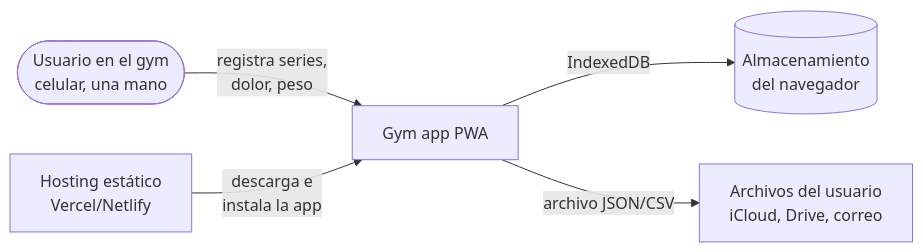
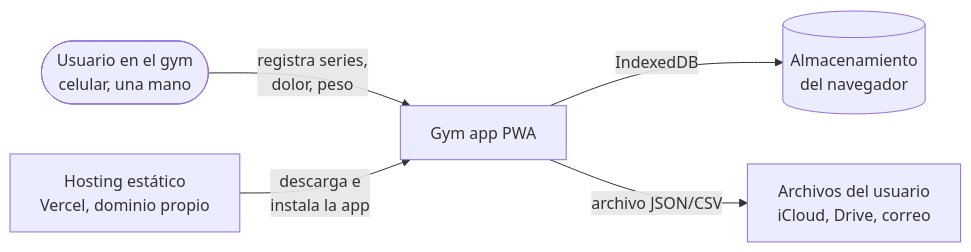
Before and after one commit to saulgmx/gym-app: the first of 8 diagrams in docs/architecture.md, drawn with Mermaid. The commit also changed other lines of this file and 7 other files, not shown here.

````diff
--- a/docs/architecture.md
+++ b/docs/architecture.md
@@ -33,7 +33,7 @@
 ```mermaid
 flowchart LR
   U([Usuario en el gym<br/>celular, una mano]) -->|registra series,<br/>dolor, peso| APP[Gym app PWA]
   APP -->|IndexedDB| DB[(Almacenamiento<br/>del navegador)]
   APP -->|archivo JSON/CSV| FS[Archivos del usuario<br/>iCloud, Drive, correo]
-  HOST[Hosting estático<br/>Vercel/Netlify] -->|descarga e<br/>instala la app| APP
+  HOST[Hosting estático<br/>Vercel, dominio propio] -->|descarga e<br/>instala la app| APP
 ```
````
